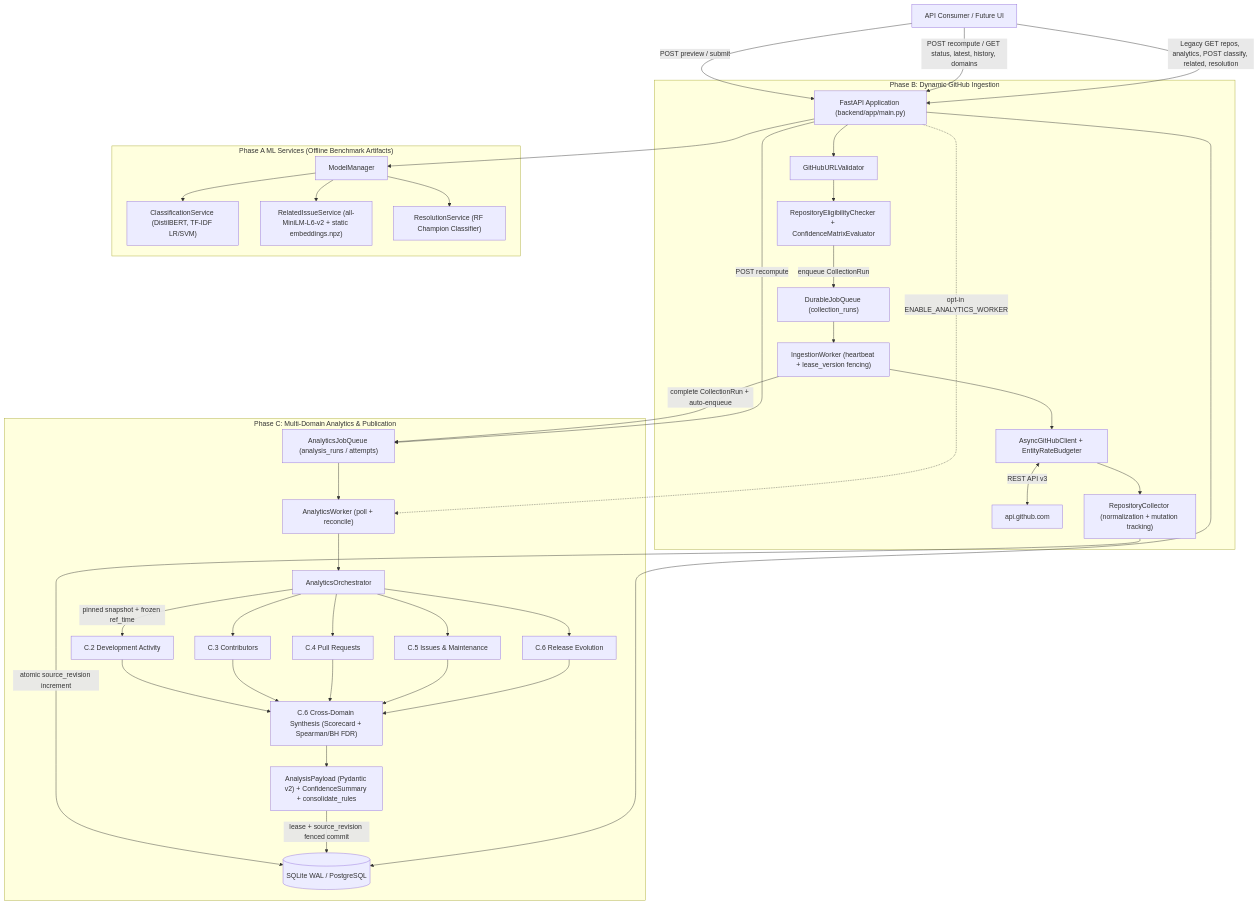
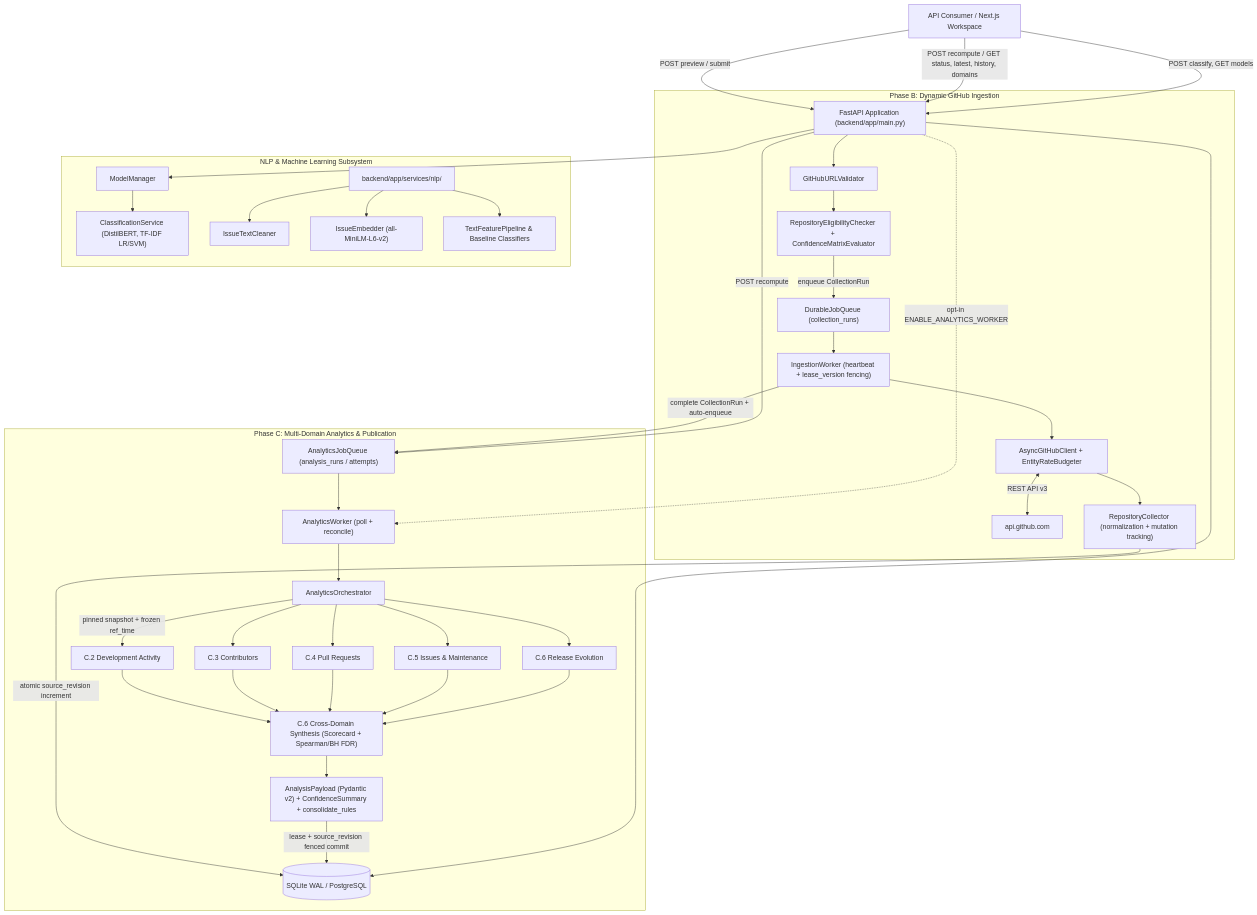
The diagram in docs/architecture.md (Arnav-0206/OpenSourceLens), drawn with Mermaid before and after one commit. The commit also changed other lines of this file and 3 other files, not shown here.

Commit message:
docs(stage-1.6): update architecture, API specs, roadmap, and README reflecting completed Stage 1 cleanup

````diff
--- a/docs/architecture.md
+++ b/docs/architecture.md
@@ -11,43 +11,44 @@
 ```mermaid
 flowchart TD
-    Client["API Consumer / Future UI"] -->|POST preview / submit| FastAPI["FastAPI Application (backend/app/main.py)"]
+    Client["API Consumer / Next.js Workspace"] -->|POST preview / submit| FastAPI["FastAPI Application (backend/app/main.py)"]
     Client -->|POST recompute / GET status, latest, history, domains| FastAPI
-    Client -->|Legacy GET repos, analytics, POST classify, related, resolution| FastAPI
+    Client -->|POST classify, GET models| FastAPI
 
     subgraph IngestionFlow["Phase B: Dynamic GitHub Ingestion"]
         FastAPI --> Validator["GitHubURLValidator"]
         Validator --> Eligibility["RepositoryEligibilityChecker + ConfidenceMatrixEvaluator"]
         Eligibility -->|enqueue CollectionRun| IngQueue["DurableJobQueue (collection_runs)"]
         IngQueue --> IngWorker["IngestionWorker (heartbeat + lease_version fencing)"]
         IngWorker --> GHClient["AsyncGitHubClient + EntityRateBudgeter"]
         GHClient <-->|REST API v3| GitHub["api.github.com"]
         GHClient --> Collector["RepositoryCollector (normalization + mutation tracking)"]
     end
 
     Collector -->|atomic source_revision increment| DB[(SQLite WAL / PostgreSQL)]
     IngWorker -->|complete CollectionRun + auto-enqueue| AnaQueue["AnalyticsJobQueue (analysis_runs / attempts)"]
 
     subgraph AnalyticsFlow["Phase C: Multi-Domain Analytics & Publication"]
         FastAPI -->|POST recompute| AnaQueue
         FastAPI -.->|opt-in ENABLE_ANALYTICS_WORKER| AnaWorker["AnalyticsWorker (poll + reconcile)"]
         AnaQueue --> AnaWorker
         AnaWorker --> Orchestrator["AnalyticsOrchestrator"]
         Orchestrator -->|pinned snapshot + frozen ref_time| D1["C.2 Development Activity"]
         Orchestrator --> D2["C.3 Contributors"]
         Orchestrator --> D3["C.4 Pull Requests"]
         Orchestrator --> D4["C.5 Issues & Maintenance"]
         Orchestrator --> D5["C.6 Release Evolution"]
         D1 & D2 & D3 & D4 & D5 --> D6["C.6 Cross-Domain Synthesis (Scorecard + Spearman/BH FDR)"]
         D6 --> PayloadVal["AnalysisPayload (Pydantic v2) + ConfidenceSummary + consolidate_rules"]
         PayloadVal -->|lease + source_revision fenced commit| DB
     end
 
-    subgraph PhaseAML["Phase A ML Services (Offline Benchmark Artifacts)"]
+    subgraph NLPMLServices["NLP & Machine Learning Subsystem"]
         MLMgr["ModelManager"] --> Cls["ClassificationService (DistilBERT, TF-IDF LR/SVM)"]
-        MLMgr --> Rel["RelatedIssueService (all-MiniLM-L6-v2 + static embeddings.npz)"]
-        MLMgr --> Res["ResolutionService (RF Champion Classifier)"]
+        NLPUtils["backend/app/services/nlp/"] --> Cleaner["IssueTextCleaner"]
+        NLPUtils --> Embedder["IssueEmbedder (all-MiniLM-L6-v2)"]
+        NLPUtils --> Classifiers["TextFeaturePipeline & Baseline Classifiers"]
     end
 
     FastAPI --> DB
     FastAPI --> MLMgr
 ```
````
